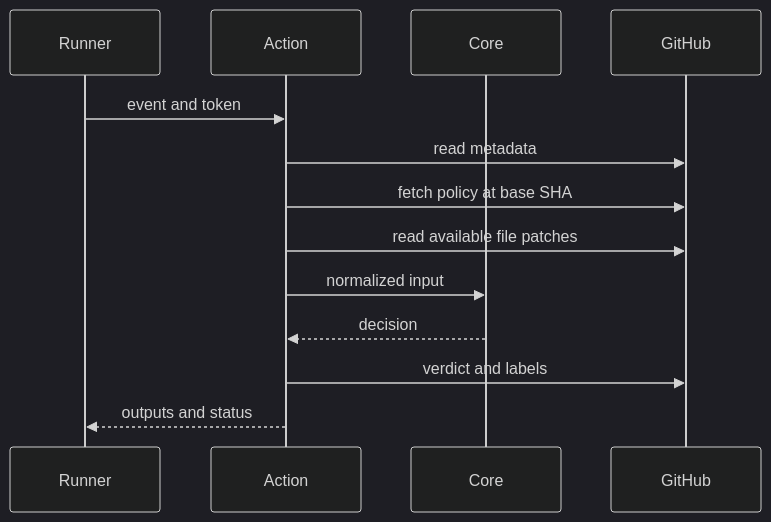
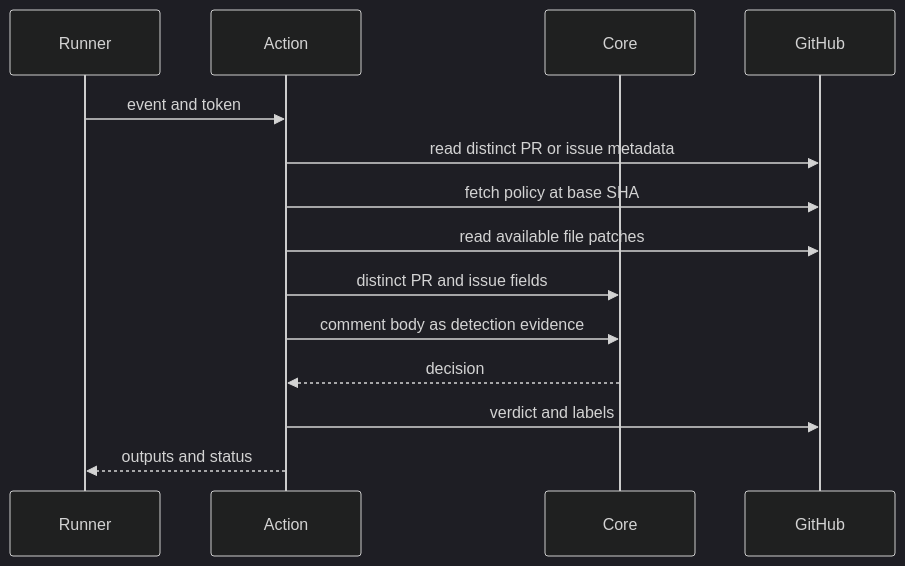
One commit to streamentry/AGENTOWNERS changed the second of 2 diagrams in packages/github-action/AGENTS.md. Above: the diagram before and after it, drawn with Mermaid (dark theme). The commit also changed other lines of this file and 21 other files, not shown here.

First line of the commit message:
fix(core): evaluate issue rule conditions (#25)

````diff
--- a/packages/github-action/AGENTS.md
+++ b/packages/github-action/AGENTS.md
@@ -35,15 +37,16 @@
 ```mermaid
 sequenceDiagram
   participant Runner
   participant Action
   participant Core
   participant GitHub
   Runner->>Action: event and token
-  Action->>GitHub: read metadata
+  Action->>GitHub: read distinct PR or issue metadata
   Action->>GitHub: fetch policy at base SHA
   Action->>GitHub: read available file patches
-  Action->>Core: normalized input
+  Action->>Core: distinct PR and issue fields
+  Action->>Core: comment body as detection evidence
   Core-->>Action: decision
   Action->>GitHub: verdict and labels
   Action-->>Runner: outputs and status
 ```
````
